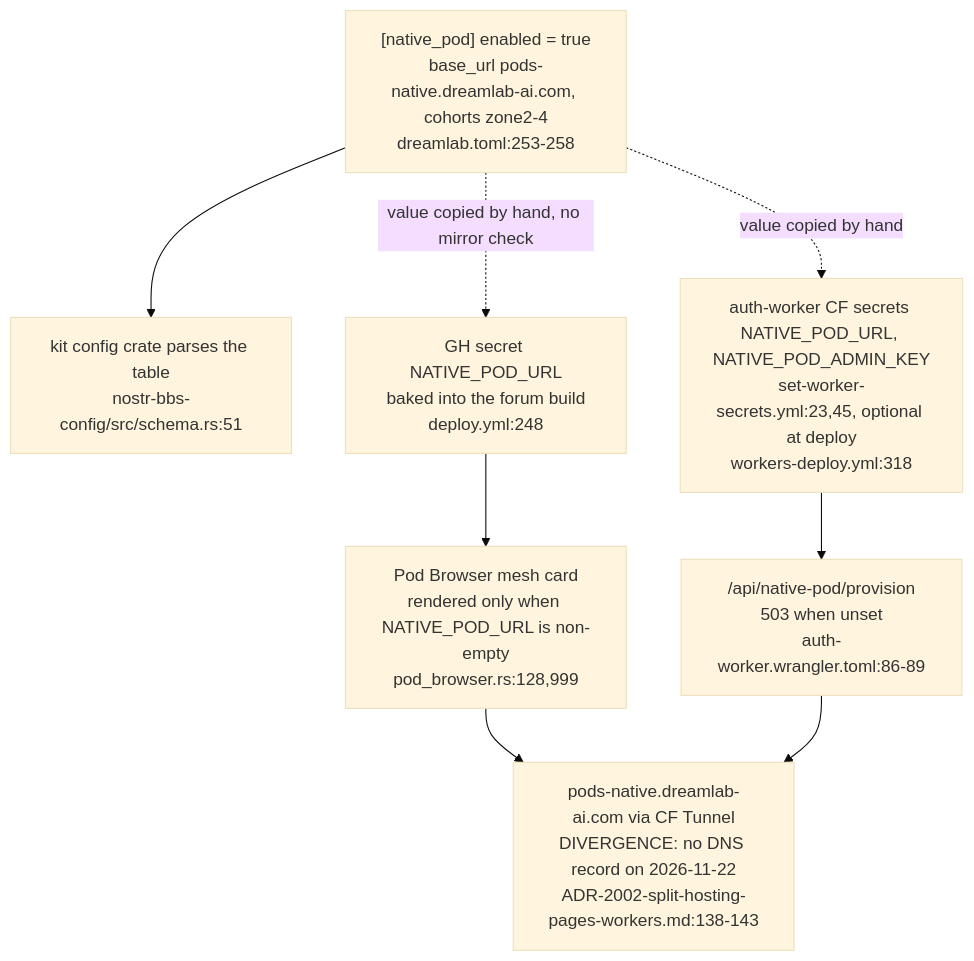
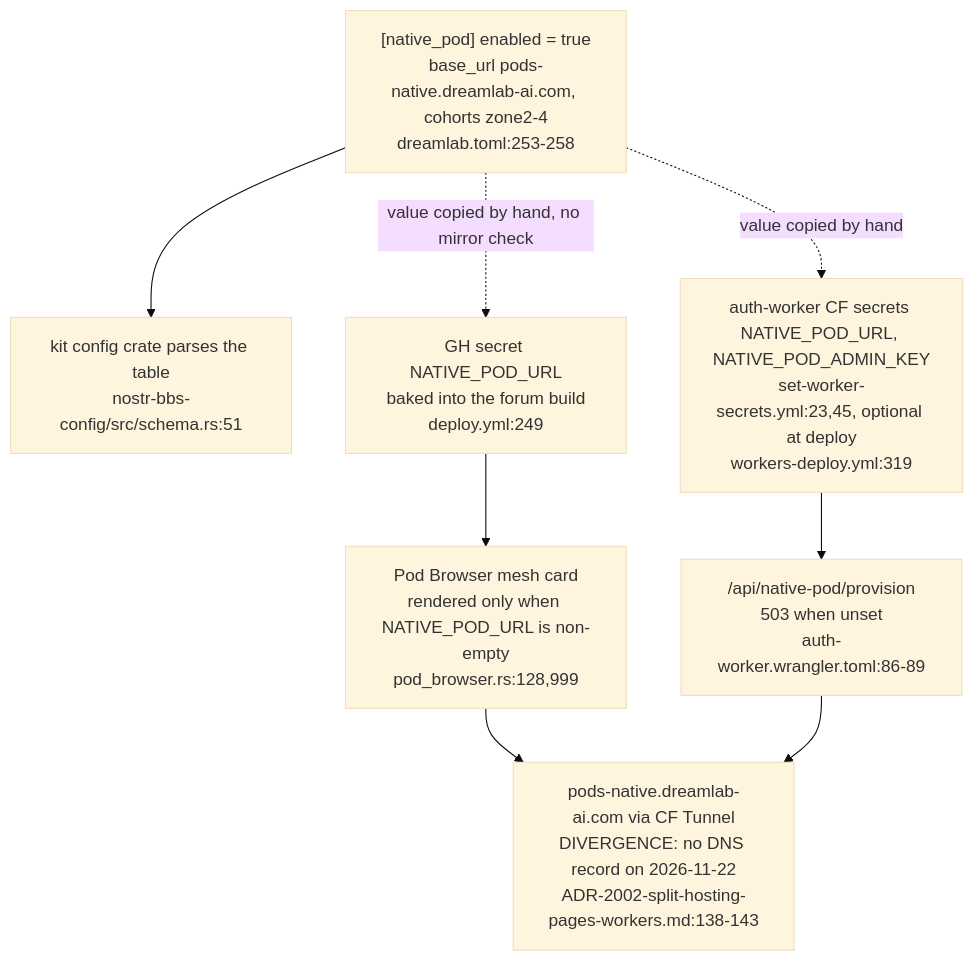
One commit to DreamLab-AI/VisionFlow changed diagram 11 of 11 in docs/diagrams/dreamlab-ai-website/03-forum-config-overlay-zones-admin-kv-sync.md. Above: the diagram before and after it, drawn with Mermaid (base theme). The commit also changed other lines of this file and 8 other files, not shown here.

First line of the commit message:
diagrams(dreamlab-ai-website): re-verify DW-01..08 and DW-10 at e255b2b

````diff
--- a/docs/diagrams/dreamlab-ai-website/03-forum-config-overlay-zones-admin-kv-sync.md
+++ b/docs/diagrams/dreamlab-ai-website/03-forum-config-overlay-zones-admin-kv-sync.md
@@ -250,15 +250,15 @@
 ```mermaid
 flowchart TB
     TOML["[native_pod] enabled = true<br/>base_url pods-native.dreamlab-ai.com, cohorts zone2-4<br/>dreamlab.toml:253-258"]
     SCHEMA["kit config crate parses the table<br/>nostr-bbs-config/src/schema.rs:51"]
-    GHSEC["GH secret NATIVE_POD_URL<br/>baked into the forum build<br/>deploy.yml:248"]
+    GHSEC["GH secret NATIVE_POD_URL<br/>baked into the forum build<br/>deploy.yml:249"]
     CARD["Pod Browser mesh card<br/>rendered only when NATIVE_POD_URL is non-empty<br/>pod_browser.rs:128,999"]
-    CFSEC["auth-worker CF secrets NATIVE_POD_URL, NATIVE_POD_ADMIN_KEY<br/>set-worker-secrets.yml:23,45, optional at deploy<br/>workers-deploy.yml:318"]
+    CFSEC["auth-worker CF secrets NATIVE_POD_URL, NATIVE_POD_ADMIN_KEY<br/>set-worker-secrets.yml:23,45, optional at deploy<br/>workers-deploy.yml:319"]
     PROV["/api/native-pod/provision<br/>503 when unset<br/>auth-worker.wrangler.toml:86-89"]
     HOST["pods-native.dreamlab-ai.com via CF Tunnel<br/>DIVERGENCE: no DNS record on 2026-11-22<br/>ADR-2002-split-hosting-pages-workers.md:138-143"]
     TOML --> SCHEMA
     TOML -.->|"value copied by hand, no mirror check"| GHSEC
     TOML -.->|"value copied by hand"| CFSEC
     GHSEC --> CARD --> HOST
     CFSEC --> PROV --> HOST
 ```
````
